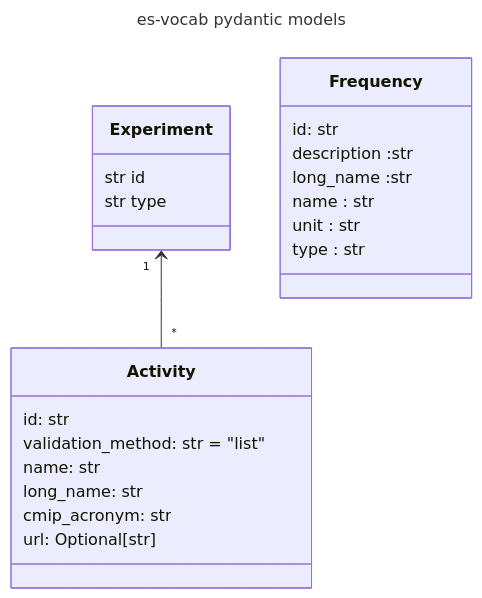
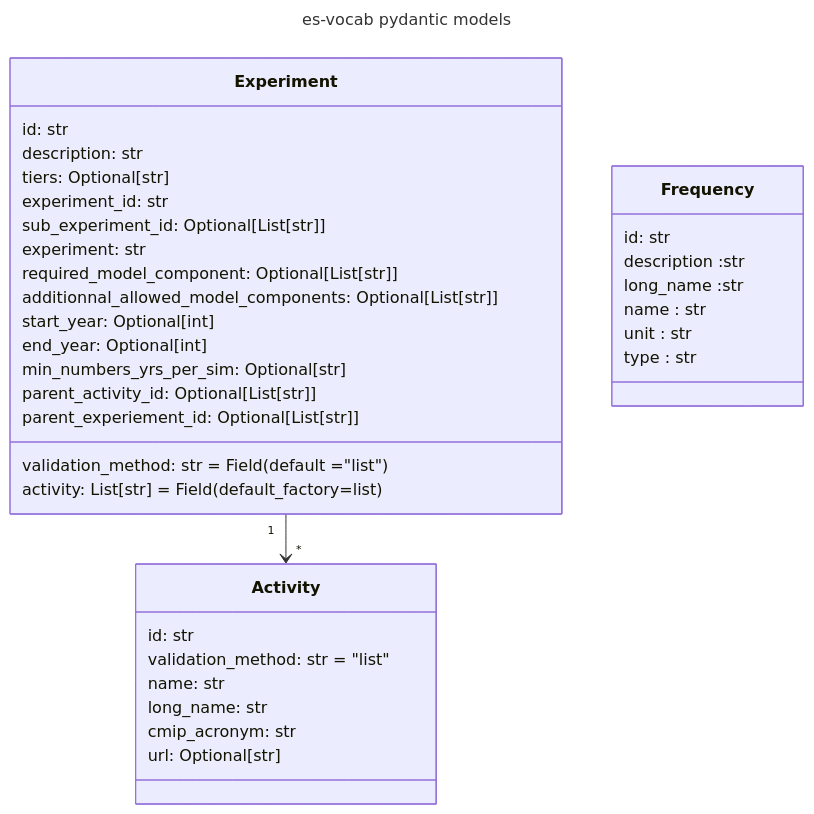
The first of 2 diagrams in TODO.md (PCMDI/mip-cmor-tables), drawn with Mermaid before and after one commit. The commit also changed other lines of this file and 27 other files, not shown here.

````diff
--- a/TODO.md
+++ b/TODO.md
@@ -86,36 +86,49 @@
 ``` mermaid
 ---
 title: es-vocab pydantic models 
 ---
 classDiagram
-    Experiment "1" <-- "*" Activity
+    Experiment "1" --> "*" Activity
 
 
     class Frequency{
     id: str 
     description :str
     long_name :str 
     name : str 
     unit : str 
     type : str 
     
     }
     class Activity{
 
     id: str 
     validation_method: str = "list"
     name: str 
     long_name: str 
     cmip_acronym: str 
     url: Optional[str] 
 
     }
     
     class Experiment{
-        str id
-        str type
+        id: str 
+    validation_method: str = Field(default ="list")
+    activity: List[str] = Field(default_factory=list)
+    description: str 
+    tiers: Optional[str] 
+    experiment_id: str 
+    sub_experiment_id: Optional[List[str]] 
+    experiment: str 
+    required_model_component: Optional[List[str]] 
+    additionnal_allowed_model_components: Optional[List[str]] 
+    start_year: Optional[int] 
+    end_year: Optional[int] 
+    min_numbers_yrs_per_sim: Optional[str] 
+    parent_activity_id: Optional[List[str]] 
+    parent_experiement_id: Optional[List[str]] 
 
     }
 
 
 ```
````
